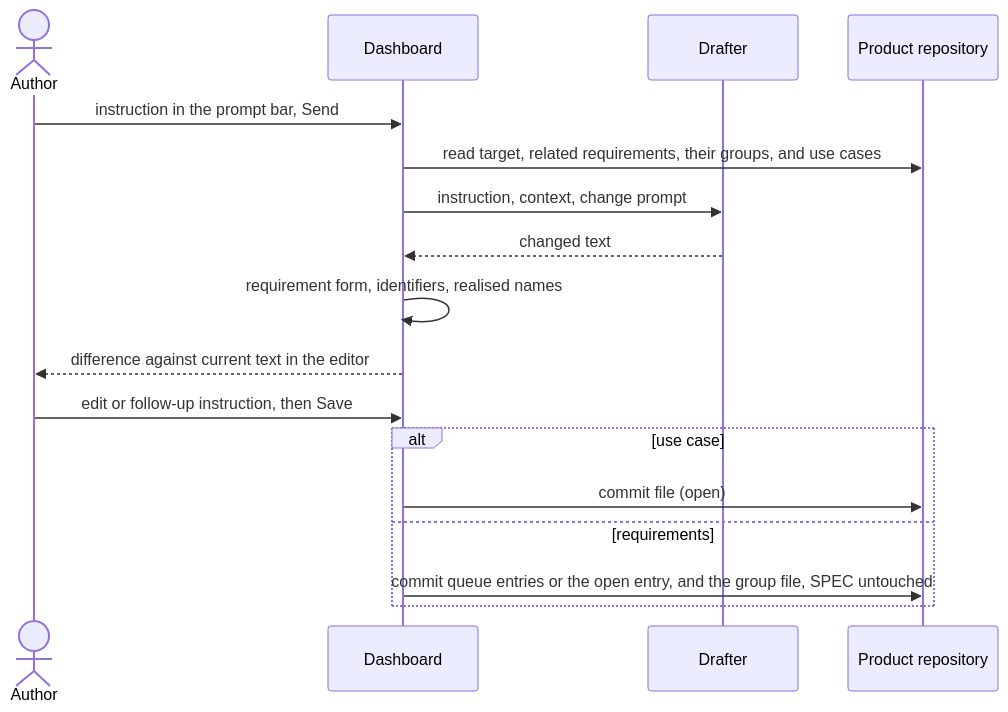
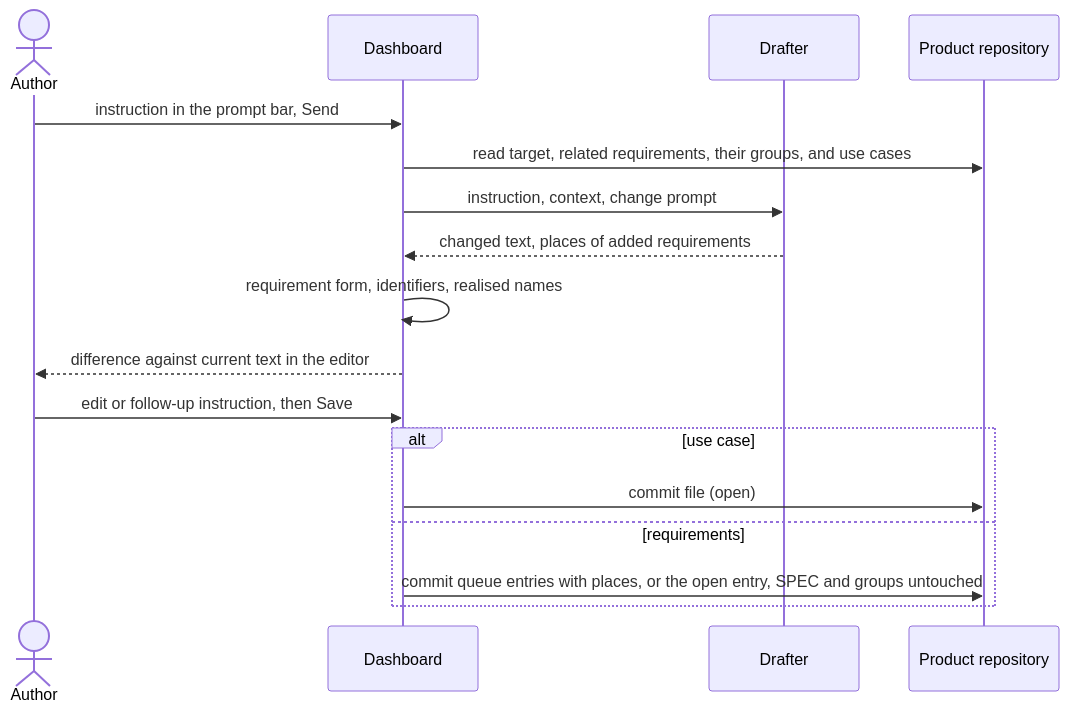
The diagram in docs/use-cases/UC-019-change-a-specification-or-use-case-by-prompt.md (akmaier/agent-m), drawn with Mermaid before and after one commit. The commit also changed other lines of this file and 7 other files, not shown here.

````diff
--- a/docs/use-cases/UC-019-change-a-specification-or-use-case-by-prompt.md
+++ b/docs/use-cases/UC-019-change-a-specification-or-use-case-by-prompt.md
@@ -120,19 +123,19 @@
 ```mermaid
 sequenceDiagram
     actor A as Author
     participant D as Dashboard
     participant P as Drafter
     participant G as Product repository
     A->>D: instruction in the prompt bar, Send
     D->>G: read target, related requirements, their groups, and use cases
     D->>P: instruction, context, change prompt
-    P-->>D: changed text
+    P-->>D: changed text, places of added requirements
     D->>D: requirement form, identifiers, realised names
     D-->>A: difference against current text in the editor
     A->>D: edit or follow-up instruction, then Save
     alt use case
         D->>G: commit file (open)
     else requirements
-        D->>G: commit queue entries or the open entry, and the group file, SPEC untouched
+        D->>G: commit queue entries with places, or the open entry, SPEC and groups untouched
     end
 ```
````
